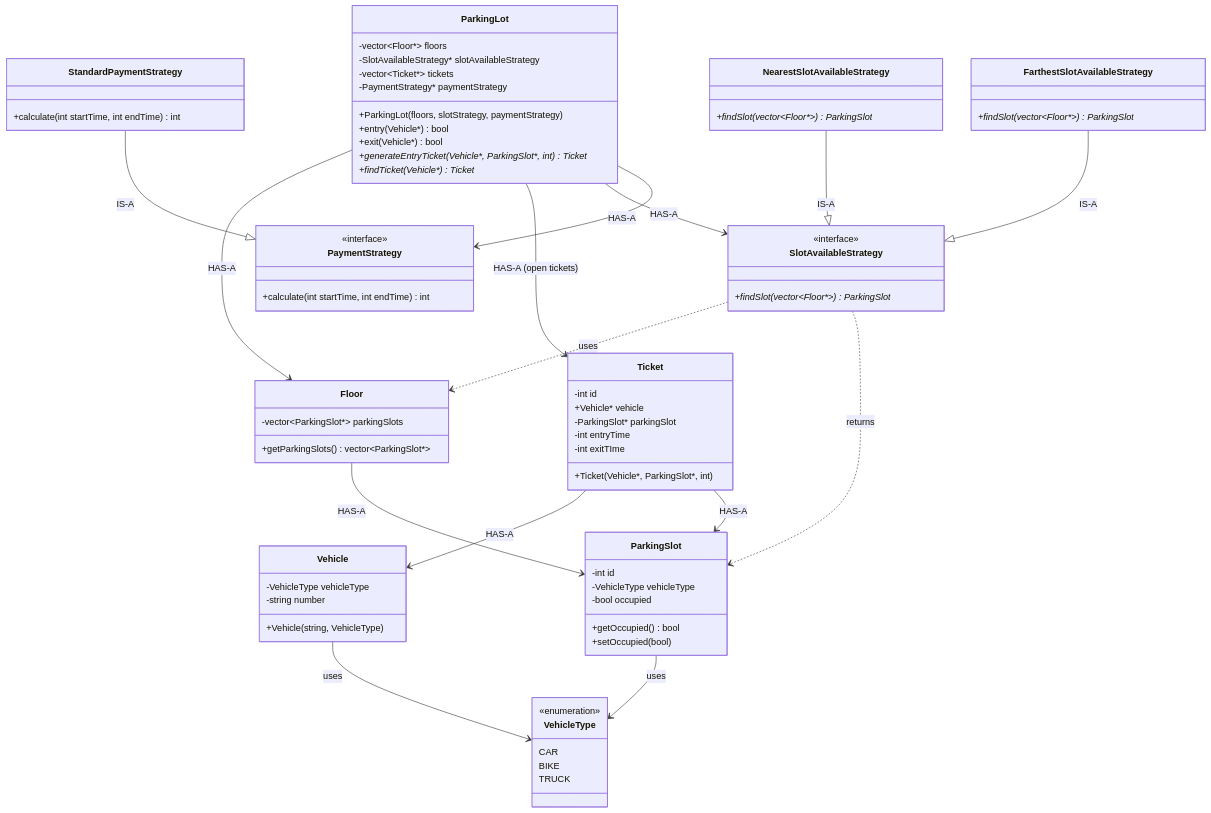
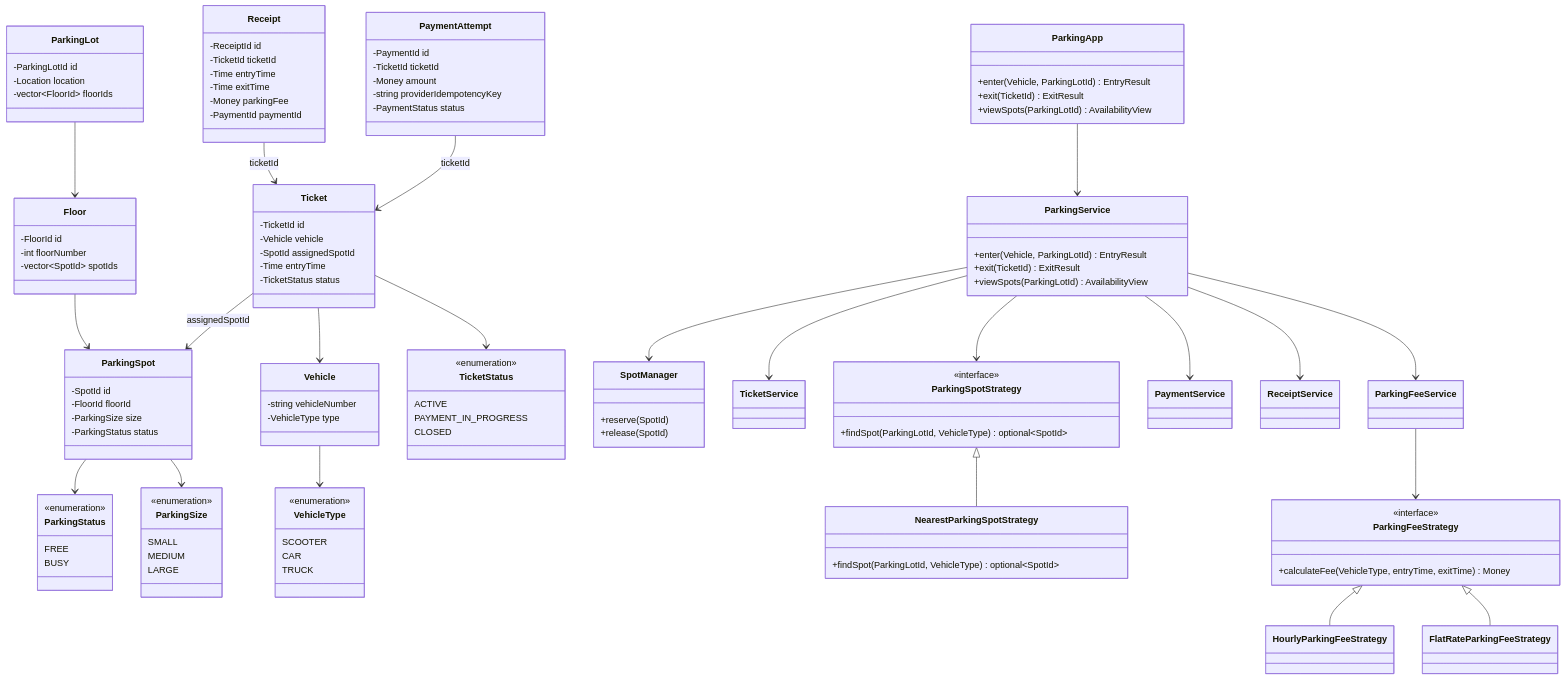
One commit to Sahilbatra1211/LLD changed the diagram in Questions/Parking Lot/Readme.md. Above: the diagram before and after it, drawn with Mermaid. The commit also changed other lines of this file, not shown here.

Commit message:
update parking lot

````diff
--- a/Questions/Parking Lot/Readme.md
+++ b/Questions/Parking Lot/Readme.md
@@ -17,86 +283,139 @@
 ```mermaid
 classDiagram
+    class ParkingLot {
+        -ParkingLotId id
+        -Location location
+        -vector~FloorId~ floorIds
+    }
+
+    class Floor {
+        -FloorId id
+        -int floorNumber
+        -vector~SpotId~ spotIds
+    }
+
+    class ParkingSpot {
+        -SpotId id
+        -FloorId floorId
+        -ParkingSize size
+        -ParkingStatus status
+    }
+
+    class Vehicle {
+        -string vehicleNumber
+        -VehicleType type
+    }
+
+    class Ticket {
+        -TicketId id
+        -Vehicle vehicle
+        -SpotId assignedSpotId
+        -Time entryTime
+        -TicketStatus status
+    }
+
+    class Receipt {
+        -ReceiptId id
+        -TicketId ticketId
+        -Time entryTime
+        -Time exitTime
+        -Money parkingFee
+        -PaymentId paymentId
+    }
+
+    class PaymentAttempt {
+        -PaymentId id
+        -TicketId ticketId
+        -Money amount
+        -string providerIdempotencyKey
+        -PaymentStatus status
+    }
+
+    class ParkingStatus {
+        <<enumeration>>
+        FREE
+        BUSY
+    }
+
+    class ParkingSize {
+        <<enumeration>>
+        SMALL
+        MEDIUM
+        LARGE
+    }
+
     class VehicleType {
         <<enumeration>>
+        SCOOTER
         CAR
-        BIKE
         TRUCK
     }
 
-    class ParkingLot {
-        -vector~Floor*~ floors
-        -SlotAvailableStrategy* slotAvailableStrategy
-        -vector~Ticket*~ tickets
-        -PaymentStrategy* paymentStrategy
-        +ParkingLot(floors, slotStrategy, paymentStrategy)
-        +entry(Vehicle*) bool
-        +exit(Vehicle*) bool
-        +generateEntryTicket(Vehicle*, ParkingSlot*, int) Ticket*
-        +findTicket(Vehicle*) Ticket*
+    class TicketStatus {
+        <<enumeration>>
+        ACTIVE
+        PAYMENT_IN_PROGRESS
+        CLOSED
     }
 
-    class Floor {
-        -vector~ParkingSlot*~ parkingSlots
-        +getParkingSlots() vector~ParkingSlot*~
+    class ParkingApp {
+        +enter(Vehicle, ParkingLotId) EntryResult
+        +exit(TicketId) ExitResult
+        +viewSpots(ParkingLotId) AvailabilityView
     }
 
-    class ParkingSlot {
-        -int id
-        -VehicleType vehicleType
-        -bool occupied
-        +getOccupied() bool
-        +setOccupied(bool)
+    class ParkingService {
+        +enter(Vehicle, ParkingLotId) EntryResult
+        +exit(TicketId) ExitResult
+        +viewSpots(ParkingLotId) AvailabilityView
     }
 
-    class Vehicle {
-        -VehicleType vehicleType
-        -string number
-        +Vehicle(string, VehicleType)
+    class SpotManager {
+        +reserve(SpotId)
+        +release(SpotId)
     }
 
-    class Ticket {
-        -int id
-        +Vehicle* vehicle
-        -ParkingSlot* parkingSlot
-        -int entryTime
-        -int exitTIme
-        +Ticket(Vehicle*, ParkingSlot*, int)
+    class TicketService
+    class ParkingFeeService
+    class PaymentService
+    class ReceiptService
+
+    class ParkingSpotStrategy {
+        <<interface>>
+        +findSpot(ParkingLotId, VehicleType) optional~SpotId~
     }
 
-    class SlotAvailableStrategy {
-        <<interface>>
-        +findSlot(vector~Floor*~) ParkingSlot*
+    class NearestParkingSpotStrategy {
+        +findSpot(ParkingLotId, VehicleType) optional~SpotId~
     }
 
-    class NearestSlotAvailableStrategy {
-        +findSlot(vector~Floor*~) ParkingSlot*
+    class ParkingFeeStrategy {
+        <<interface>>
+        +calculateFee(VehicleType, entryTime, exitTime) Money
     }
 
-    class FarthestSlotAvailableStrategy {
-        +findSlot(vector~Floor*~) ParkingSlot*
-    }
+    class HourlyParkingFeeStrategy
+    class FlatRateParkingFeeStrategy
 
-    class PaymentStrategy {
-        <<interface>>
-        +calculate(int startTime, int endTime) int
-    }
-
-    class StandardPaymentStrategy {
-        +calculate(int startTime, int endTime) int
-    }
-
-    ParkingLot --> Floor : HAS-A
-    ParkingLot --> Ticket : HAS-A (open tickets)
-    ParkingLot --> SlotAvailableStrategy : HAS-A
-    ParkingLot --> PaymentStrategy : HAS-A
-    Floor --> ParkingSlot : HAS-A
-    ParkingSlot --> VehicleType : uses
-    Vehicle --> VehicleType : uses
-    Ticket --> Vehicle : HAS-A
-    Ticket --> ParkingSlot : HAS-A
-    NearestSlotAvailableStrategy --|> SlotAvailableStrategy : IS-A
-    FarthestSlotAvailableStrategy --|> SlotAvailableStrategy : IS-A
-    StandardPaymentStrategy --|> PaymentStrategy : IS-A
-    SlotAvailableStrategy ..> Floor : uses
-    SlotAvailableStrategy ..> ParkingSlot : returns
+    ParkingLot --> Floor
+    Floor --> ParkingSpot
+    ParkingSpot --> ParkingSize
+    ParkingSpot --> ParkingStatus
+    Vehicle --> VehicleType
+    Ticket --> Vehicle
+    Ticket --> ParkingSpot : assignedSpotId
+    Ticket --> TicketStatus
+    Receipt --> Ticket : ticketId
+    PaymentAttempt --> Ticket : ticketId
+    ParkingApp --> ParkingService
+    ParkingService --> ParkingSpotStrategy
+    ParkingService --> SpotManager
+    ParkingService --> TicketService
+    ParkingService --> ParkingFeeService
+    ParkingService --> PaymentService
+    ParkingService --> ReceiptService
+    ParkingSpotStrategy <|-- NearestParkingSpotStrategy
+    ParkingFeeService --> ParkingFeeStrategy
+    ParkingFeeStrategy <|-- HourlyParkingFeeStrategy
+    ParkingFeeStrategy <|-- FlatRateParkingFeeStrategy
 ```
````
